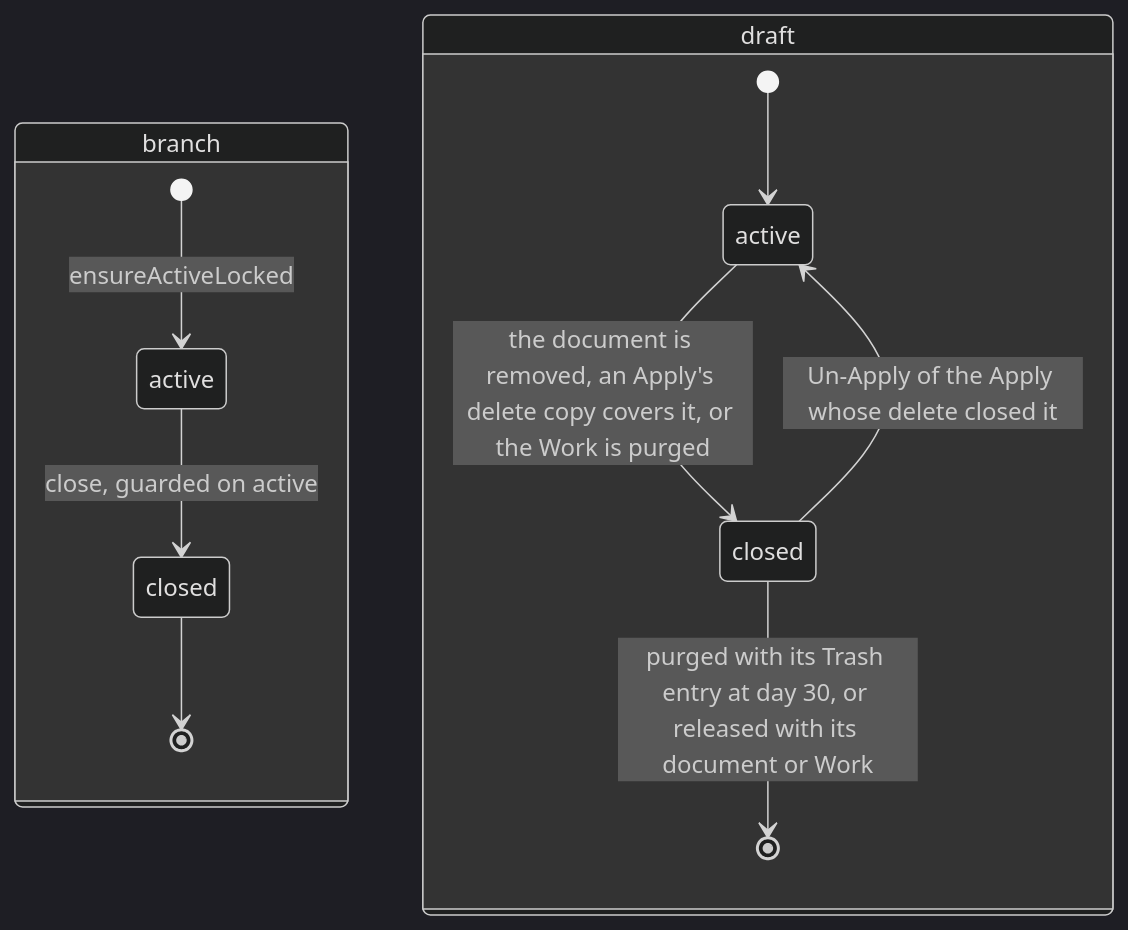
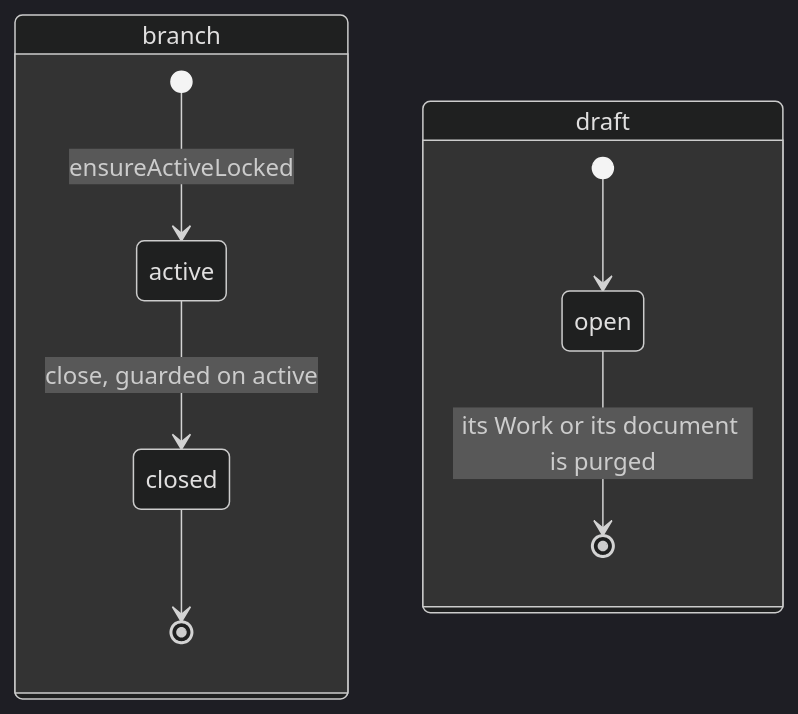
Before and after one commit to haowjy/meridian-flow: the diagram in apps/server/server/domains/collab/.context/state-machines.md, drawn with Mermaid (dark theme). The commit also changed other lines of this file and 133 other files, not shown here.

````diff
--- a/apps/server/server/domains/collab/.context/state-machines.md
+++ b/apps/server/server/domains/collab/.context/state-machines.md
@@ -12,18 +13,15 @@
 ```mermaid
 stateDiagram-v2
   state "branch" as B {
     [*] --> b_active: ensureActiveLocked
     b_active --> b_closed: close, guarded on active
     b_closed --> [*]
     state "active" as b_active
     state "closed" as b_closed
   }
   state "draft" as D {
-    [*] --> d_active
-    d_active --> d_closed: the document is removed, an Apply's delete copy covers it, or the Work is purged
-    d_closed --> d_active: Un-Apply of the Apply whose delete closed it
-    d_closed --> [*]: purged with its Trash entry at day 30, or released with its document or Work
-    state "active" as d_active
-    state "closed" as d_closed
+    [*] --> d_open
+    d_open --> [*]: its Work or its document is purged
+    state "open" as d_open
   }
 ```
````
